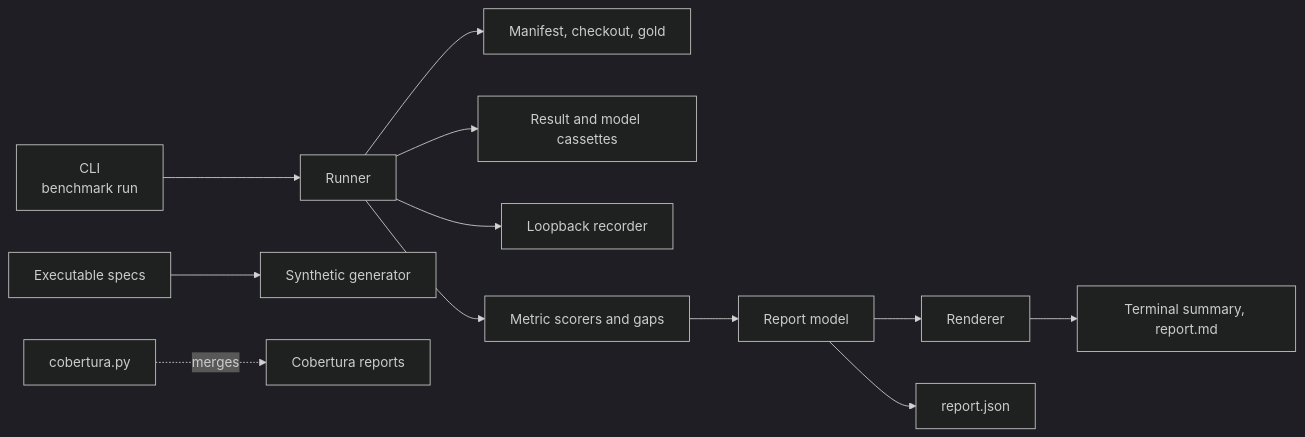
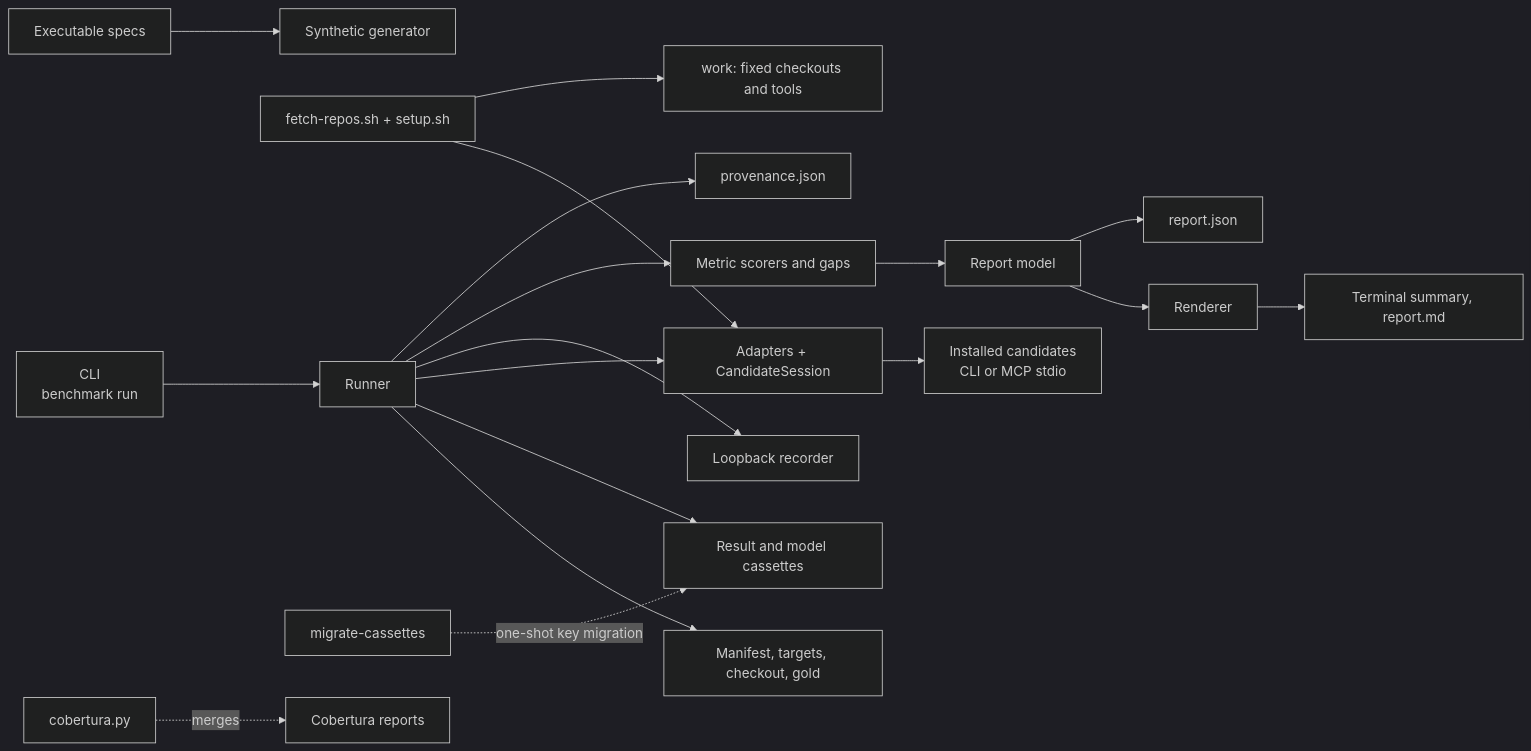
The diagram in docs/arc42/05-building-block-view.md (kressnerd/ortsinn), drawn with Mermaid (dark theme) before and after one commit. The commit also changed other lines of this file and 21 other files, not shown here.

````diff
--- a/docs/arc42/05-building-block-view.md
+++ b/docs/arc42/05-building-block-view.md
@@ -10,14 +10,20 @@
 ```mermaid
 flowchart LR
     CLI[CLI<br/>benchmark run] --> RUN[Runner]
-    RUN --> MAN[Manifest, checkout, gold]
+    RUN --> MAN[Manifest, targets, checkout, gold]
     RUN --> CASS[Result and model cassettes]
+    RUN --> ADAP[Adapters + CandidateSession]
+    ADAP --> CAND[Installed candidates<br/>CLI or MCP stdio]
+    SETUP[fetch-repos.sh + setup.sh] --> ADAP
+    SETUP --> WORK[work: fixed checkouts and tools]
     T[Executable specs] --> GEN[Synthetic generator]
     RUN --> REC[Loopback recorder]
     RUN --> MET[Metric scorers and gaps]
     MET --> REP[Report model]
     REP --> REN[Renderer]
     REN --> OUT[Terminal summary, report.md]
     REP --> JSON[report.json]
+    RUN --> PROV[provenance.json]
+    MIG[migrate-cassettes] -.->|one-shot key migration| CASS
     COV[cobertura.py] -.->|merges| COVR[Cobertura reports]
 ```
````
